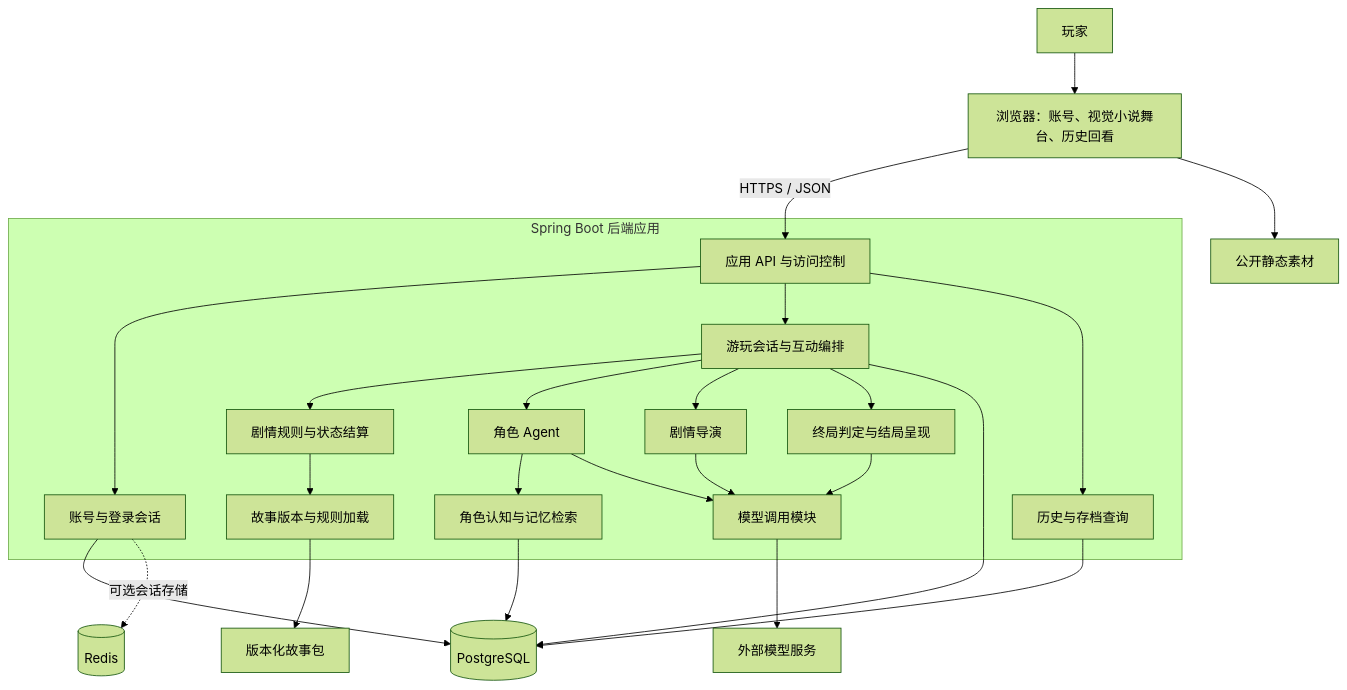
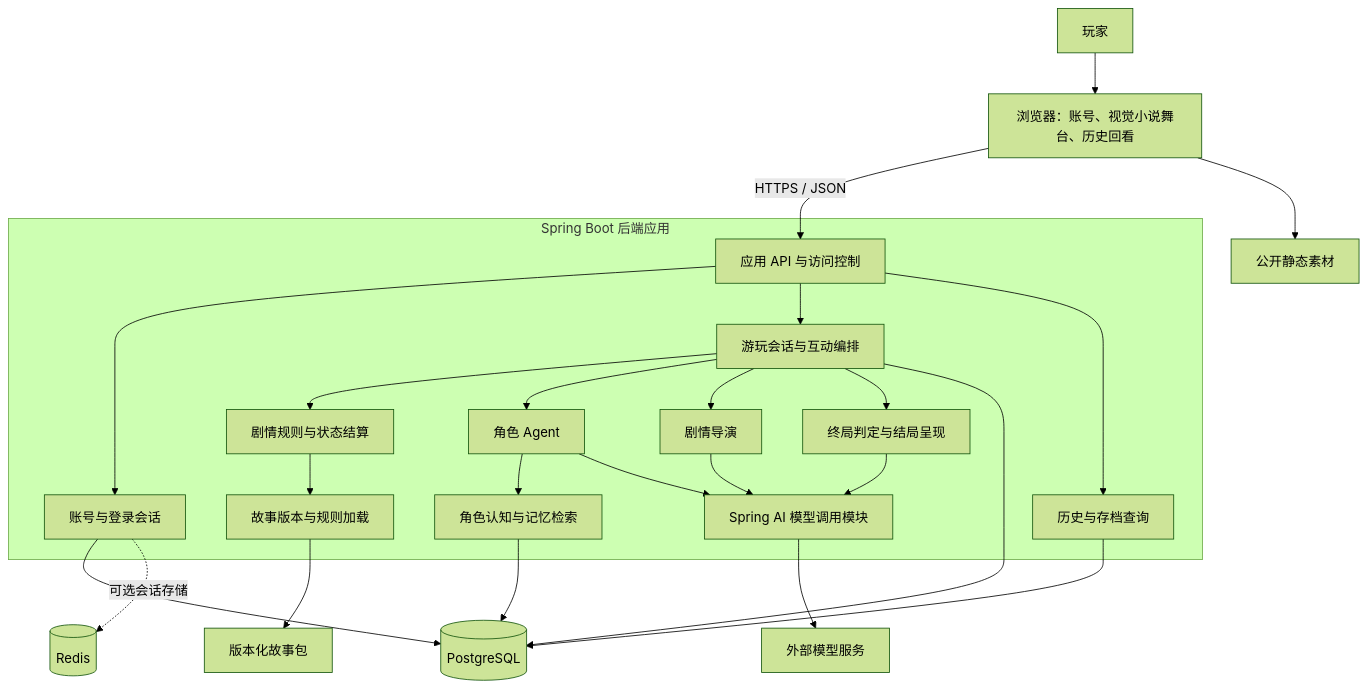
The first of 3 diagrams in ARCHITECTURE.md (krau233/from-your-dream), drawn with Mermaid (forest theme) before and after one commit. The commit also changed other lines of this file, not shown here.

````diff
--- a/ARCHITECTURE.md
+++ b/ARCHITECTURE.md
@@ -71,29 +73,29 @@
 ```mermaid
 flowchart TB
     Player[玩家] --> Web[浏览器：账号、视觉小说舞台、历史回看]
     Web -->|HTTPS / JSON| API[应用 API 与访问控制]
     Web --> Assets[公开静态素材]
 
     subgraph App[Spring Boot 后端应用]
         API --> Auth[账号与登录会话]
         API --> Game[游玩会话与互动编排]
         API --> History[历史与存档查询]
         Game --> Rules[剧情规则与状态结算]
         Game --> Characters[角色 Agent]
         Game --> Director[剧情导演]
         Game --> Ending[终局判定与结局呈现]
         Characters --> Memory[角色认知与记忆检索]
-        Characters --> Model[模型调用模块]
+        Characters --> Model[Spring AI 模型调用模块]
         Director --> Model
         Ending --> Model
         Rules --> Content[故事版本与规则加载]
     end
 
     Auth --> DB[(PostgreSQL)]
     Game --> DB
     History --> DB
     Memory --> DB
     Content --> Packages[版本化故事包]
     Model --> Provider[外部模型服务]
     Auth -. 可选会话存储 .-> Redis[(Redis)]
 ```
````
